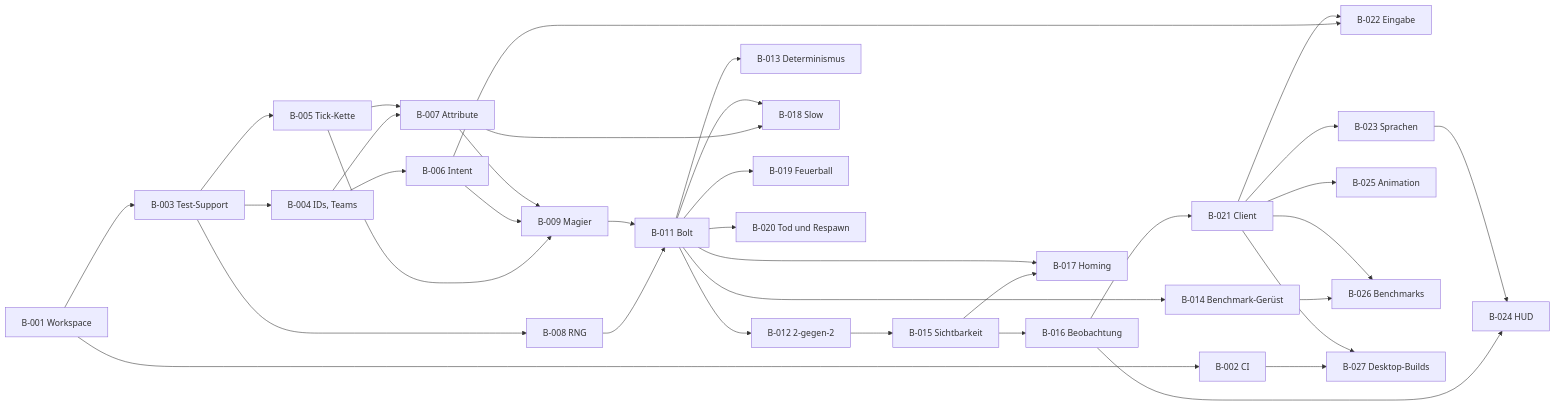
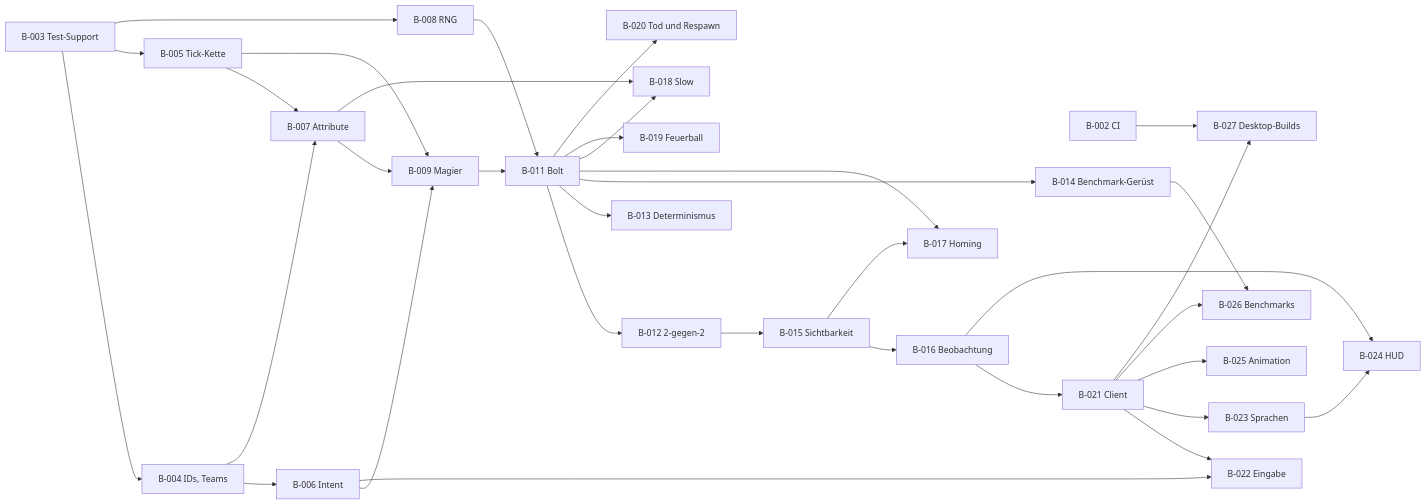
Before and after one commit to MagierSpieleSchmiede/mage-game: the diagram in docs/backlog.md, drawn with Mermaid. The commit also changed other lines of this file and 16 other files, not shown here.

````diff
--- a/docs/backlog.md
+++ b/docs/backlog.md
@@ -74,38 +71,38 @@
 ```mermaid
 flowchart LR
-  B001["B-001 Workspace"] --> B002["B-002 CI"]
-  B001 --> B003["B-003 Test-Support"]
+  B002["B-002 CI"]
+  B003["B-003 Test-Support"]
   B003 --> B004["B-004 IDs, Teams"]
   B003 --> B005["B-005 Tick-Kette"]
   B003 --> B008["B-008 RNG"]
   B004 --> B006["B-006 Intent"]
   B004 --> B007["B-007 Attribute"]
   B005 --> B007
   B005 --> B009["B-009 Magier"]
   B006 --> B009
   B007 --> B009
   B008 --> B011["B-011 Bolt"]
   B009 --> B011
   B011 --> B012["B-012 2-gegen-2"]
   B011 --> B013["B-013 Determinismus"]
   B011 --> B014["B-014 Benchmark-Gerüst"]
   B012 --> B015["B-015 Sichtbarkeit"]
   B015 --> B016["B-016 Beobachtung"]
   B015 --> B017["B-017 Homing"]
   B011 --> B017
   B007 --> B018["B-018 Slow"]
   B011 --> B018
   B011 --> B019["B-019 Feuerball"]
   B011 --> B020["B-020 Tod und Respawn"]
   B016 --> B021["B-021 Client"]
   B006 --> B022["B-022 Eingabe"]
   B021 --> B022
   B021 --> B023["B-023 Sprachen"]
   B016 --> B024["B-024 HUD"]
   B023 --> B024
   B021 --> B025["B-025 Animation"]
   B014 --> B026["B-026 Benchmarks"]
   B021 --> B026
   B002 --> B027["B-027 Desktop-Builds"]
   B021 --> B027
 ```
````
